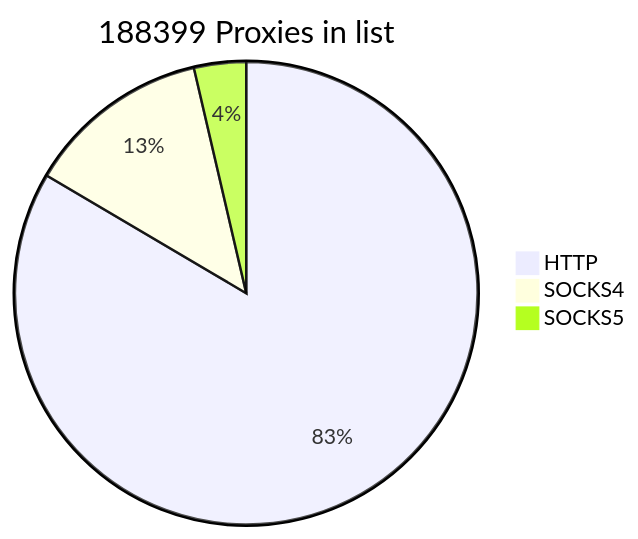
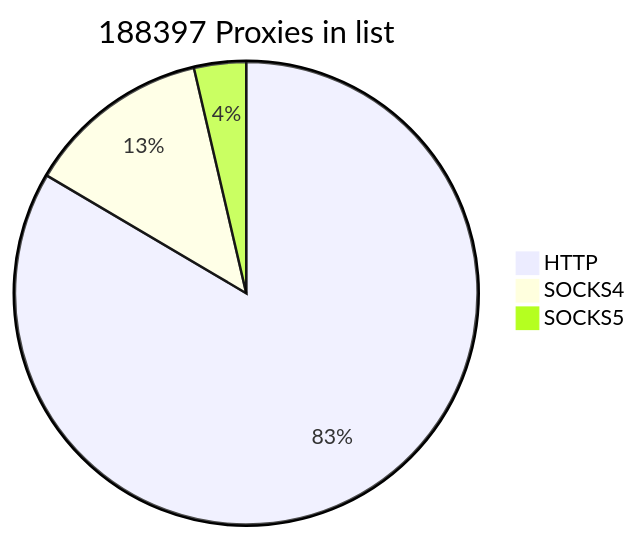
One commit to cutipu/proxylist changed the first of 2 diagrams in README.md. Above: the diagram before and after it, drawn with Mermaid.

````diff
--- a/README.md
+++ b/README.md
@@ -2,7 +2,7 @@
 ```mermaid
-pie title 188399 Proxies in list
+pie title 188397 Proxies in list
     "HTTP" : 157287
     "SOCKS4" : 24262
-    "SOCKS5" : 6850
+    "SOCKS5" : 6848
             
 ```
````
